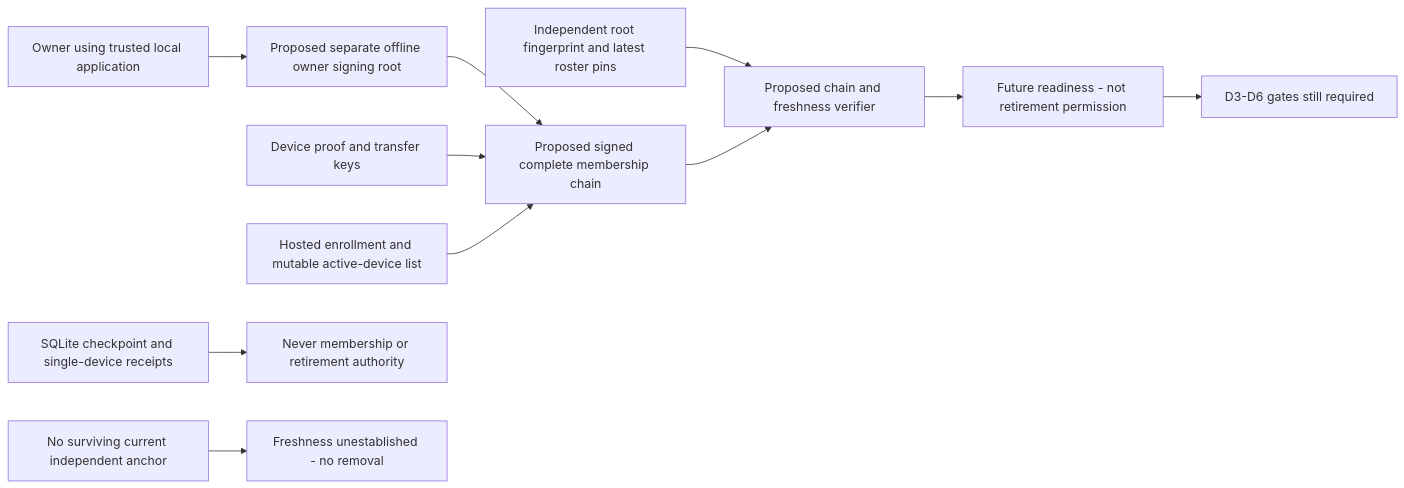
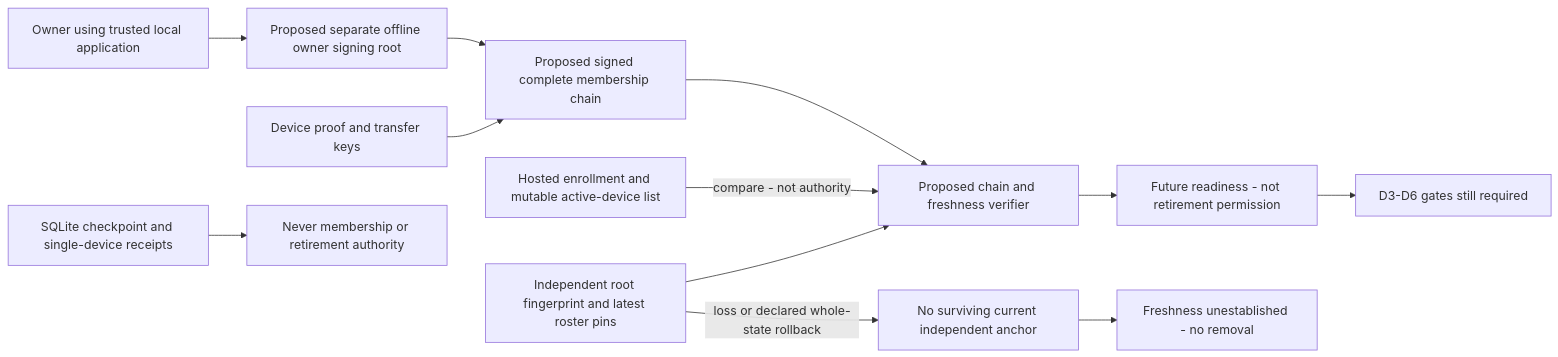
Before and after one commit to mellophone22/SiteDatum: the diagram in docs/engineering/c10-04d-d2-owner-roster-review-20261011/diagrams/owner-roster-trust-offline-root-after.mmd, drawn with Mermaid. The commit also changed 10 other files, not shown here.

```diff
--- a/docs/engineering/c10-04d-d2-owner-roster-review-20261011/diagrams/owner-roster-trust-offline-root-after.mmd
+++ b/docs/engineering/c10-04d-d2-owner-roster-review-20261011/diagrams/owner-roster-trust-offline-root-after.mmd
@@ -1,11 +1,12 @@
 flowchart LR
   O["Owner using trusted local application"] --> R["Proposed separate offline owner signing root"]
   R --> C["Proposed signed complete membership chain"]
   D["Device proof and transfer keys"] --> C
-  H["Hosted enrollment and mutable active-device list"] --> C
+  H["Hosted enrollment and mutable active-device list"] -->|compare - not authority| V
   P["Independent root fingerprint and latest roster pins"] --> V["Proposed chain and freshness verifier"]
   C --> V
   S["SQLite checkpoint and single-device receipts"] --> N["Never membership or retirement authority"]
   V --> B["Future readiness - not retirement permission"]
   B --> G["D3-D6 gates still required"]
-  F["No surviving current independent anchor"] --> X["Freshness unestablished - no removal"]
+  P -->|loss or declared whole-state rollback| F["No surviving current independent anchor"]
+  F --> X["Freshness unestablished - no removal"]
```
